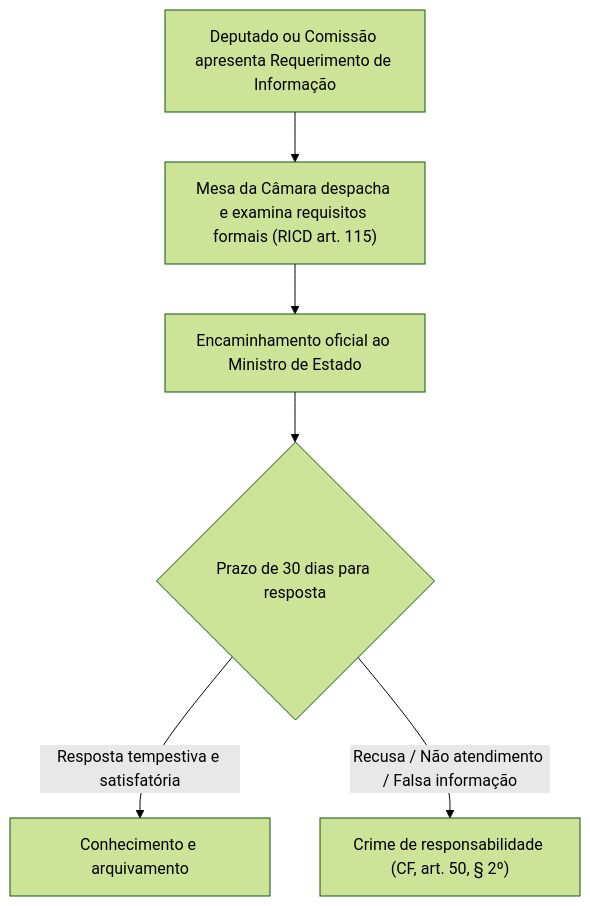
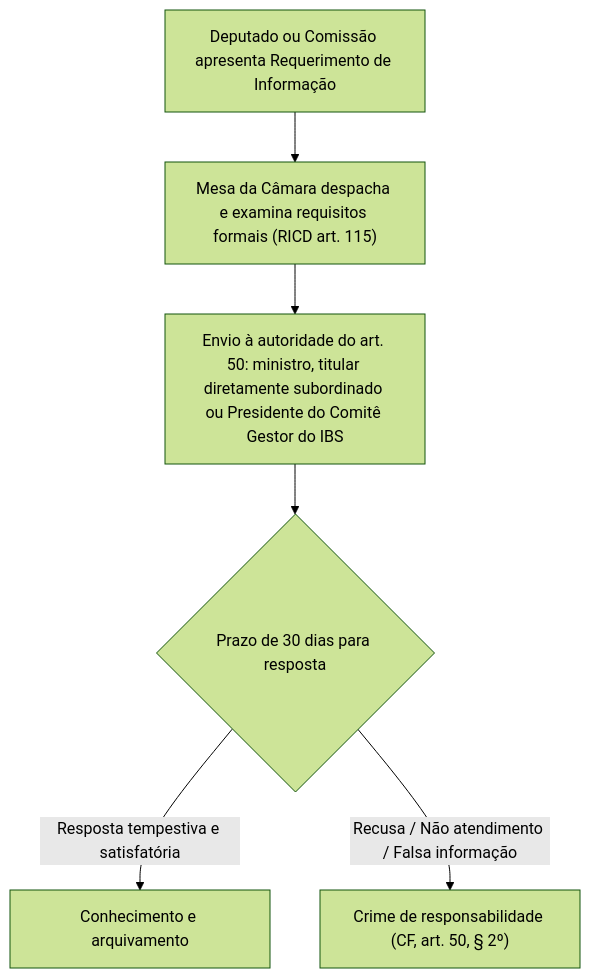
Before and after one commit to leorruas/concursos: the first of 2 diagrams in 3 - Materias/Direito Constitucional/37 - controle parlamentar fiscalizacao requerimentos e prestacao de contas.md, drawn with Mermaid (forest theme). The commit also changed other lines of this file, not shown here.

Commit message:
fix(camara/pl): incluir Presidente do Comite Gestor IBS no art 50 e treino

````diff
--- a/3 - Materias/Direito Constitucional/37 - controle parlamentar fiscalizacao requerimentos e prestacao de contas.md
+++ b/3 - Materias/Direito Constitucional/37 - controle parlamentar fiscalizacao requerimentos e prestacao de contas.md
@@ -48,8 +54,8 @@
 ```mermaid
 flowchart TD
     Req["Deputado ou Comissão apresenta Requerimento de Informação"] --> Mesa["Mesa da Câmara despacha e examina requisitos formais (RICD art. 115)"]
-    Mesa --> Env["Encaminhamento oficial ao Ministro de Estado"]
+    Mesa --> Env["Envio à autoridade do art. 50: ministro, titular diretamente subordinado ou Presidente do Comitê Gestor do IBS"]
     Env --> Prazo{"Prazo de 30 dias para resposta"}
     Prazo -->|Resposta tempestiva e satisfatória| Arquiva["Conhecimento e arquivamento"]
     Prazo -->|Recusa / Não atendimento / Falsa informação| Crime["Crime de responsabilidade (CF, art. 50, § 2º)"]
 ```
````
